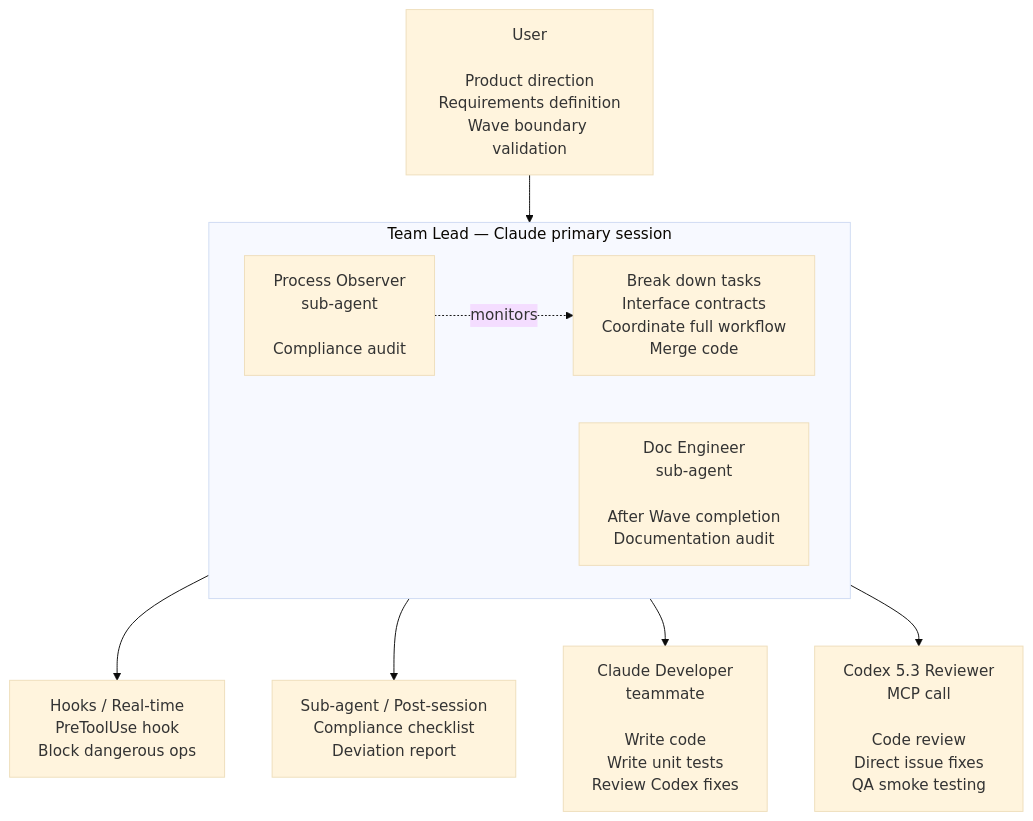
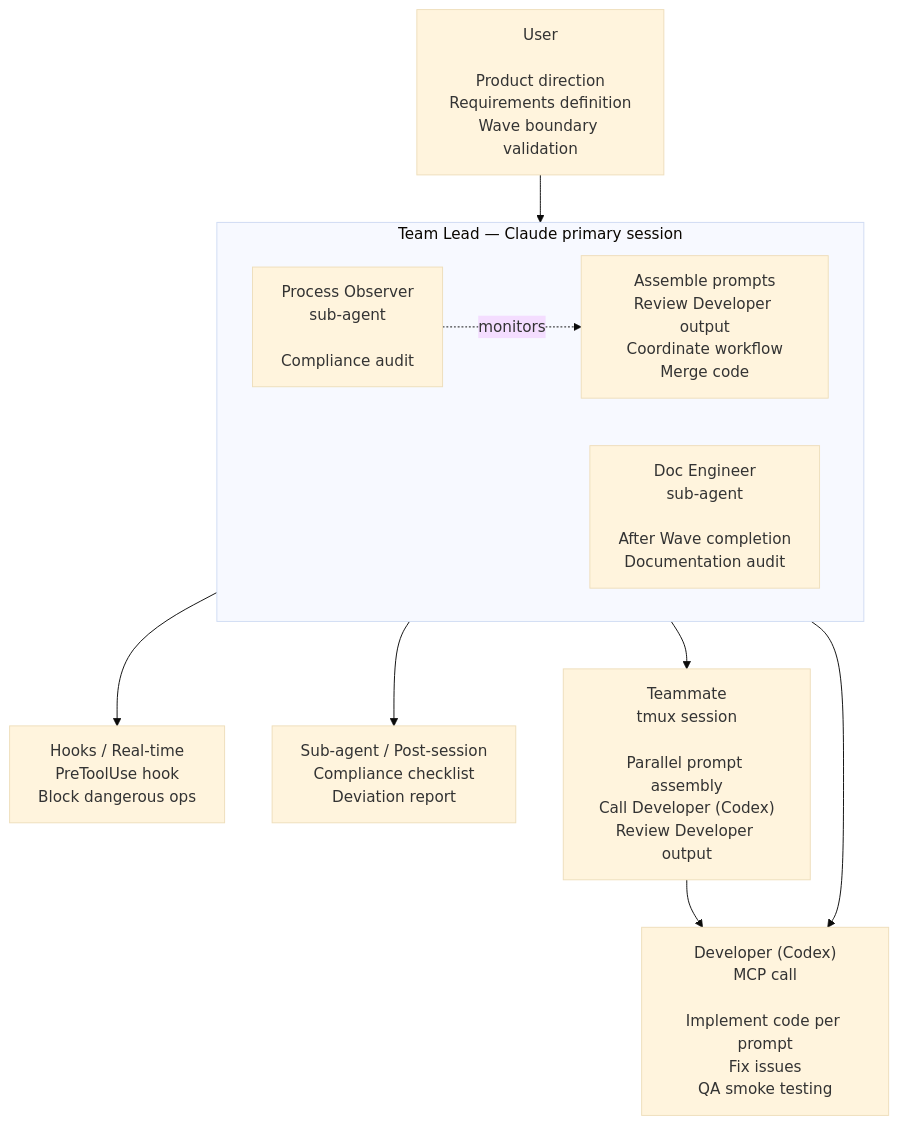
Before and after one commit to BinaryHB0916/iSparto: the diagram in docs/roles.md, drawn with Mermaid (base theme). The commit also changed other lines of this file and 11 other files, not shown here.

First line of the commit message:
feat: swap role architecture — Opus assembles prompts, Codex implements (v0.6.0)

````diff
--- a/docs/roles.md
+++ b/docs/roles.md
@@ -5,25 +5,26 @@
 ```mermaid
 flowchart TB
     User["User<br/><br/>Product direction<br/>Requirements definition<br/>Wave boundary validation"]
 
     subgraph Lead["Team Lead — Claude primary session"]
         direction LR
-        LeadTasks["Break down tasks<br/>Interface contracts<br/>Coordinate full workflow<br/>Merge code"]
+        LeadTasks["Assemble prompts<br/>Review Developer output<br/>Coordinate workflow<br/>Merge code"]
         Doc["Doc Engineer<br/>sub-agent<br/><br/>After Wave completion<br/>Documentation audit"]
         Observer["Process Observer<br/>sub-agent<br/><br/>Compliance audit"]
     end
 
     ObserverHooks["Hooks / Real-time<br/>PreToolUse hook<br/>Block dangerous ops"]
     ObserverAudit["Sub-agent / Post-session<br/>Compliance checklist<br/>Deviation report"]
 
-    Dev["Claude Developer<br/>teammate<br/><br/>Write code<br/>Write unit tests<br/>Review Codex fixes"]
+    Dev["Teammate<br/>tmux session<br/><br/>Parallel prompt assembly<br/>Call Developer (Codex)<br/>Review Developer output"]
 
-    Codex["Codex 5.3 Reviewer<br/>MCP call<br/><br/>Code review<br/>Direct issue fixes<br/>QA smoke testing"]
+    Codex["Developer (Codex)<br/>MCP call<br/><br/>Implement code per prompt<br/>Fix issues<br/>QA smoke testing"]
 
     User --> Lead
     Lead --> Dev
     Lead --> Codex
+    Dev --> Codex
     Observer -.->|monitors| LeadTasks
     Observer --> ObserverHooks
     Observer --> ObserverAudit
 ```
````
